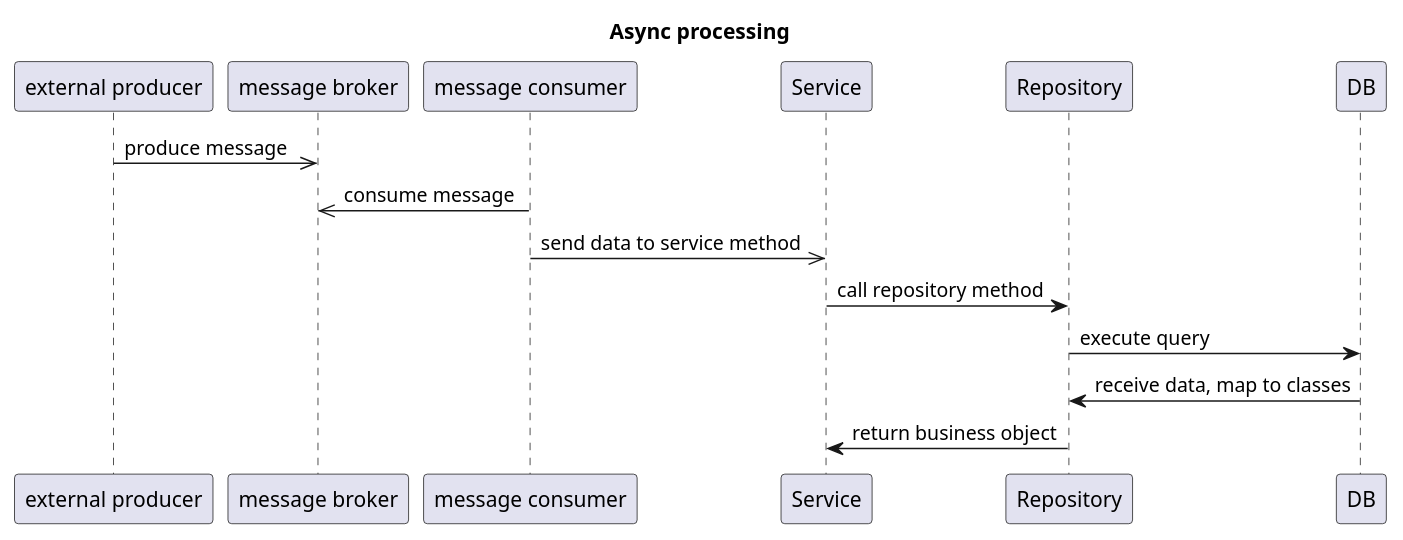
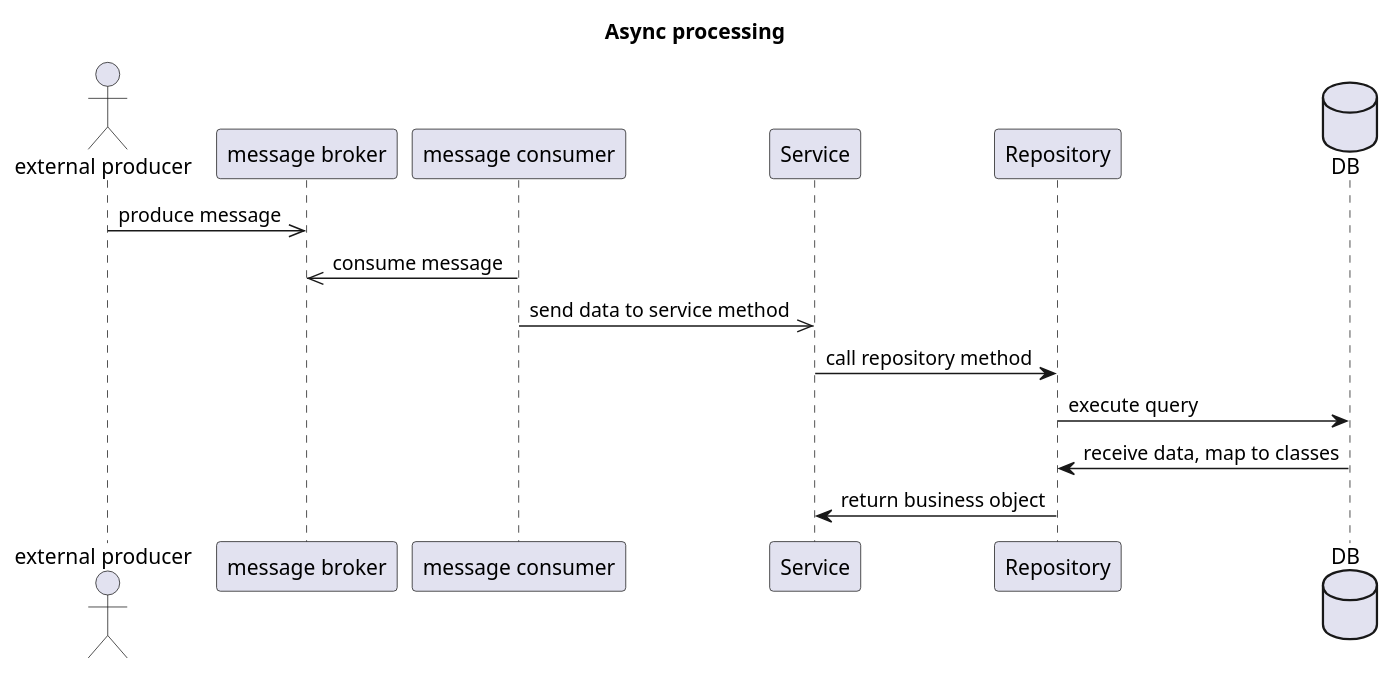
The diagram in uml/async-processing.puml (bassmake/candidate-assignment), drawn with PlantUML before and after one commit. The commit also changed 2 other files, not shown here.

Commit message:
adjusted UML diagrams

```diff
--- a/uml/async-processing.puml
+++ b/uml/async-processing.puml
@@ -1,20 +1,20 @@
 @startuml
 
-title "Async processing"
+title Async processing
 
-participant "external producer" as ep
+actor "external producer" as ep
 participant "message broker" as mb
 participant "message consumer" as mc
 participant Service as s
 participant Repository as r
-participant DB as db
+database DB as db
 
 ep ->> mb: produce message
 mc ->> mb: consume message
 mc ->> s: send data to service method
 s -> r: call repository method
 r -> db: execute query
 db -> r: receive data, map to classes
 r -> s: return business object
 
 @enduml
```
